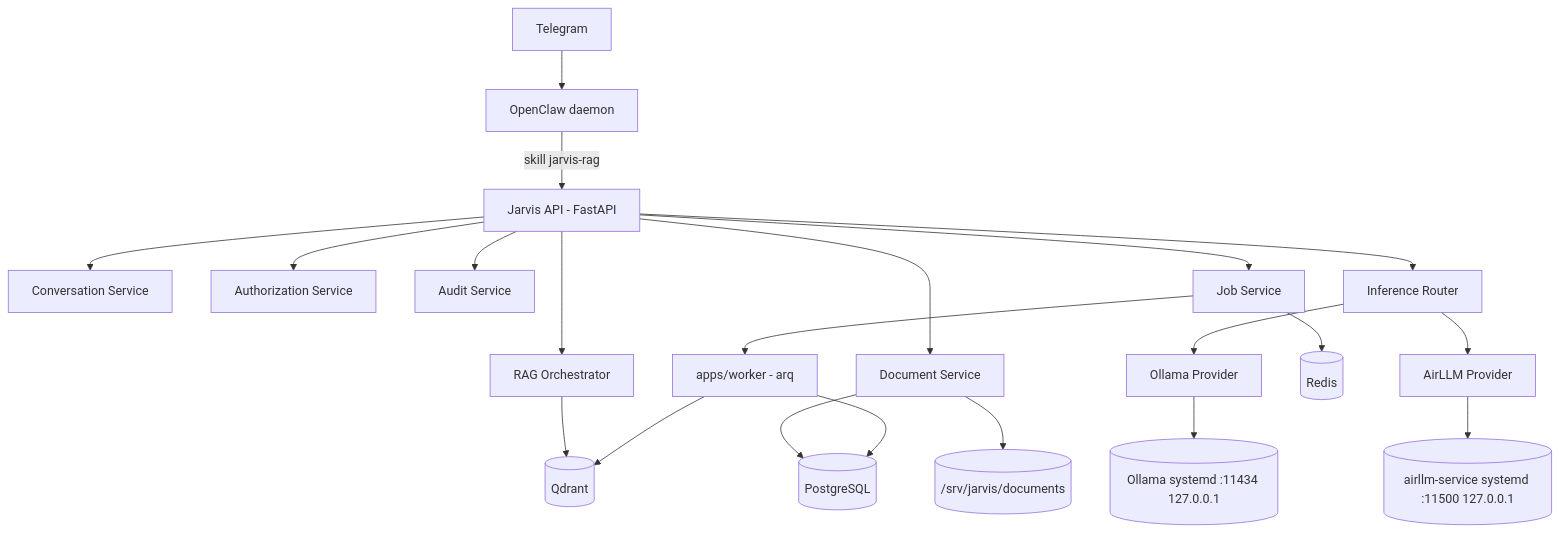
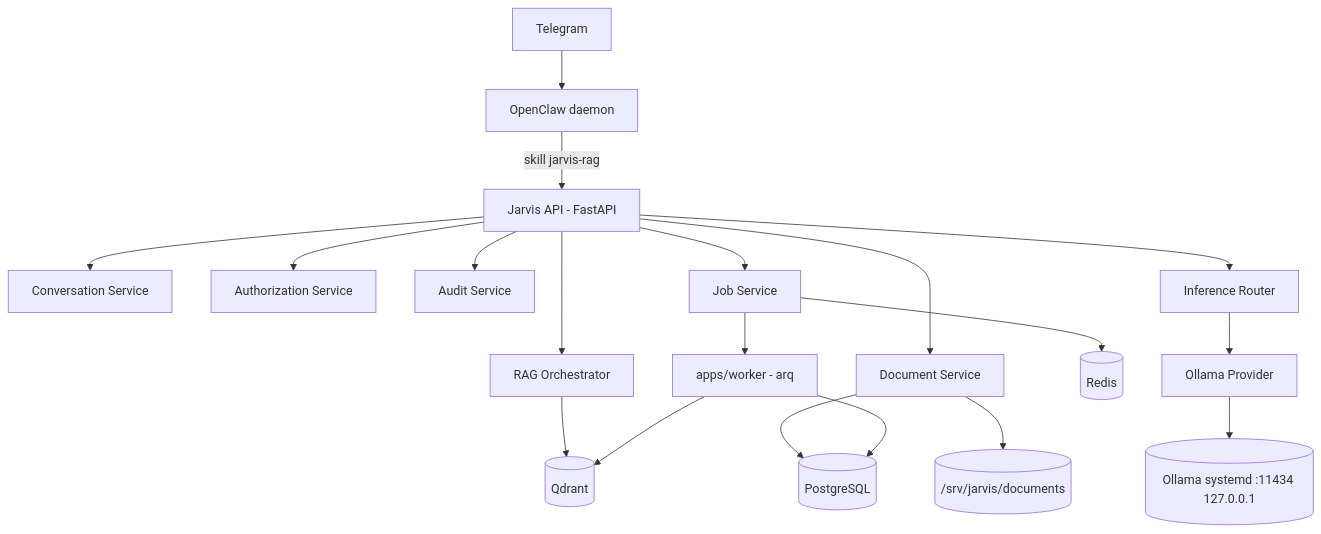
One commit to Romen-Adama-Dev/jarvis-local changed the first of 2 diagrams in docs/ARCHITECTURE.md. Above: the diagram before and after it, drawn with Mermaid. The commit also changed other lines of this file and 51 other files, not shown here.

First line of the commit message:
chore(airllm): retirar AirLLM y el modo profundo del proyecto

````diff
--- a/docs/ARCHITECTURE.md
+++ b/docs/ARCHITECTURE.md
@@ -38,23 +38,21 @@
 ```mermaid
 flowchart TD
     TG[Telegram] --> OC[OpenClaw daemon]
     OC -->|skill jarvis-rag| API[Jarvis API - FastAPI]
     API --> RAGO[RAG Orchestrator]
     API --> DOC[Document Service]
     API --> CONV[Conversation Service]
     API --> AUTHZ[Authorization Service]
     API --> AUDIT[Audit Service]
     API --> JOBS[Job Service]
     API --> ROUTER[Inference Router]
     ROUTER --> OLLAMA[Ollama Provider]
-    ROUTER --> AIRLLM[AirLLM Provider]
     OLLAMA --> OLLAMASVC[(Ollama systemd :11434 127.0.0.1)]
-    AIRLLM --> AIRLLMSVC[(airllm-service systemd :11500 127.0.0.1)]
     RAGO --> QDRANT[(Qdrant)]
     DOC --> PG[(PostgreSQL)]
     JOBS --> REDIS[(Redis)]
     JOBS --> WORKER[apps/worker - arq]
     WORKER --> QDRANT
     WORKER --> PG
     DOC --> FS[(/srv/jarvis/documents)]
 ```
````
